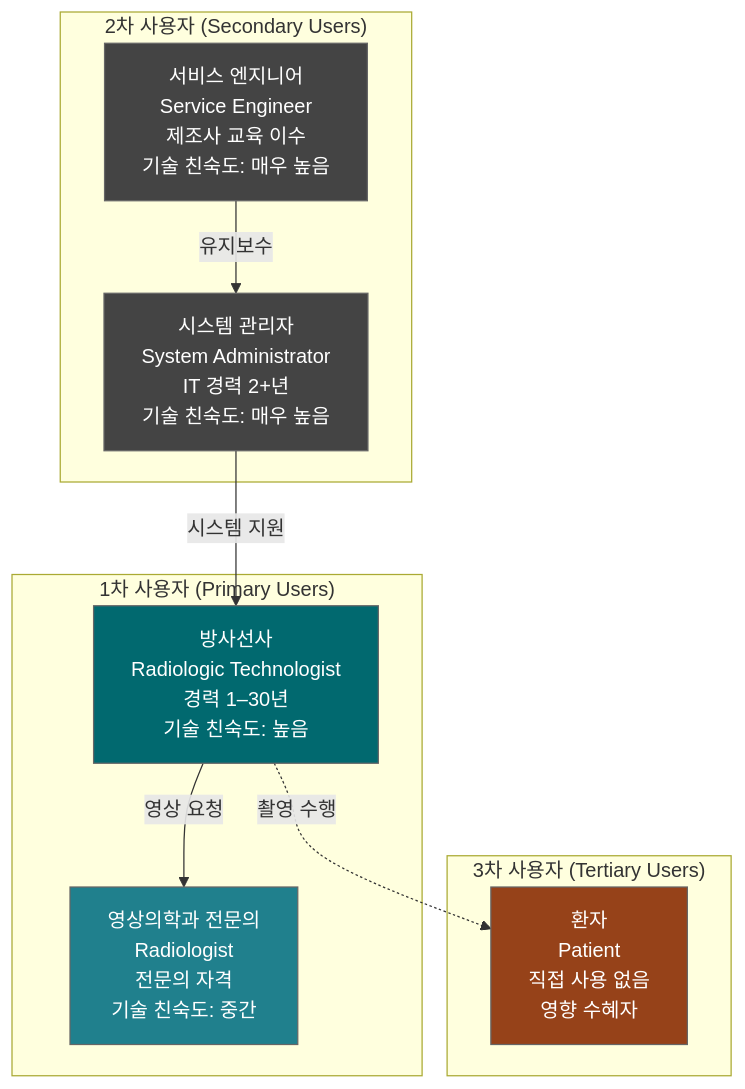
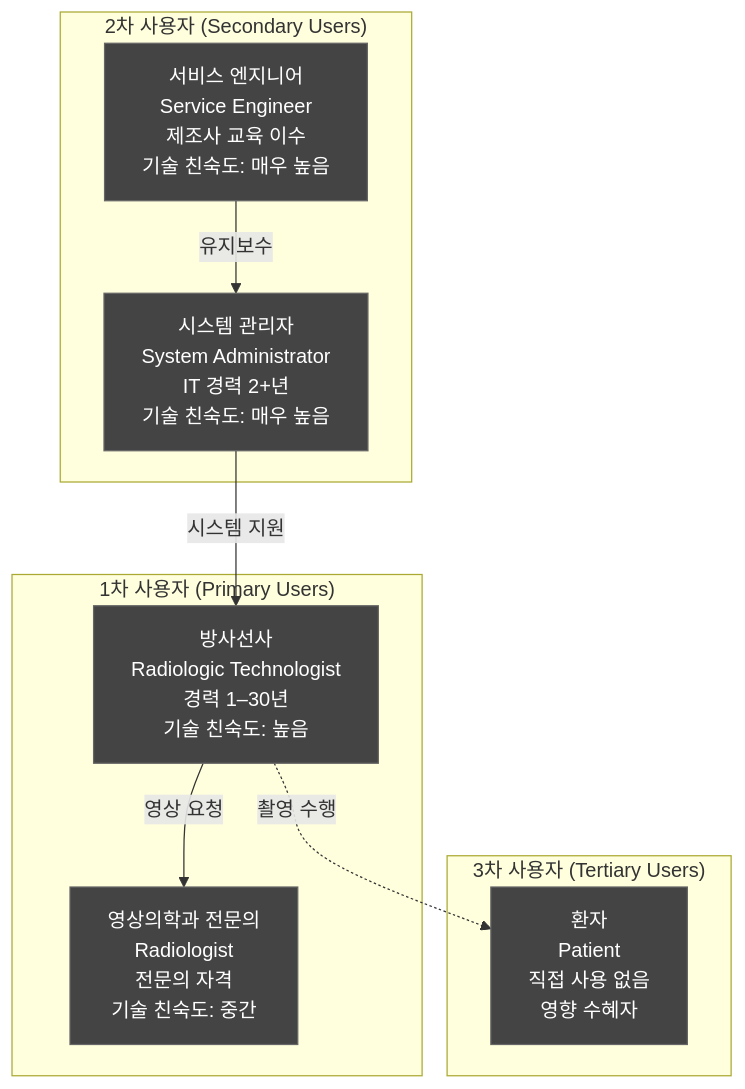
One commit to holee9/console-gui changed the second of 8 diagrams in docs/testing/DOC-021_UsabilityFile_v1.0.md. Above: the diagram before and after it, drawn with Mermaid. The commit also changed other lines of this file and 35 other files, not shown here.

First line of the commit message:
fix: 전체 Mermaid 차트 색상 진한 회색 통일

````diff
--- a/docs/testing/DOC-021_UsabilityFile_v1.0.md
+++ b/docs/testing/DOC-021_UsabilityFile_v1.0.md
@@ -152,24 +152,24 @@
 ```mermaid
 graph TB
     classDef default fill:#444,stroke:#666,color:#fff
     subgraph "1차 사용자 (Primary Users)"
         RT[방사선사<br/>Radiologic Technologist<br/>경력 1–30년<br/>기술 친숙도: 높음]
         RD[영상의학과 전문의<br/>Radiologist<br/>전문의 자격<br/>기술 친숙도: 중간]
     end
     subgraph "2차 사용자 (Secondary Users)"
         SA[시스템 관리자<br/>System Administrator<br/>IT 경력 2+년<br/>기술 친숙도: 매우 높음]
         SE[서비스 엔지니어<br/>Service Engineer<br/>제조사 교육 이수<br/>기술 친숙도: 매우 높음]
     end
     subgraph "3차 사용자 (Tertiary Users)"
         PT[환자<br/>Patient<br/>직접 사용 없음<br/>영향 수혜자]
     end
     
     RT -->|영상 요청| RD
     SA -->|시스템 지원| RT
     SE -->|유지보수| SA
     RT -.->|촬영 수행| PT
     
-    style RT fill:#01696F,color:#fff
-    style RD fill:#20808D,color:#fff
-    style PT fill:#964219,color:#fff
+    style RT fill:#444,color:#fff
+    style RD fill:#444,color:#fff
+    style PT fill:#444,color:#fff
 ```
````
